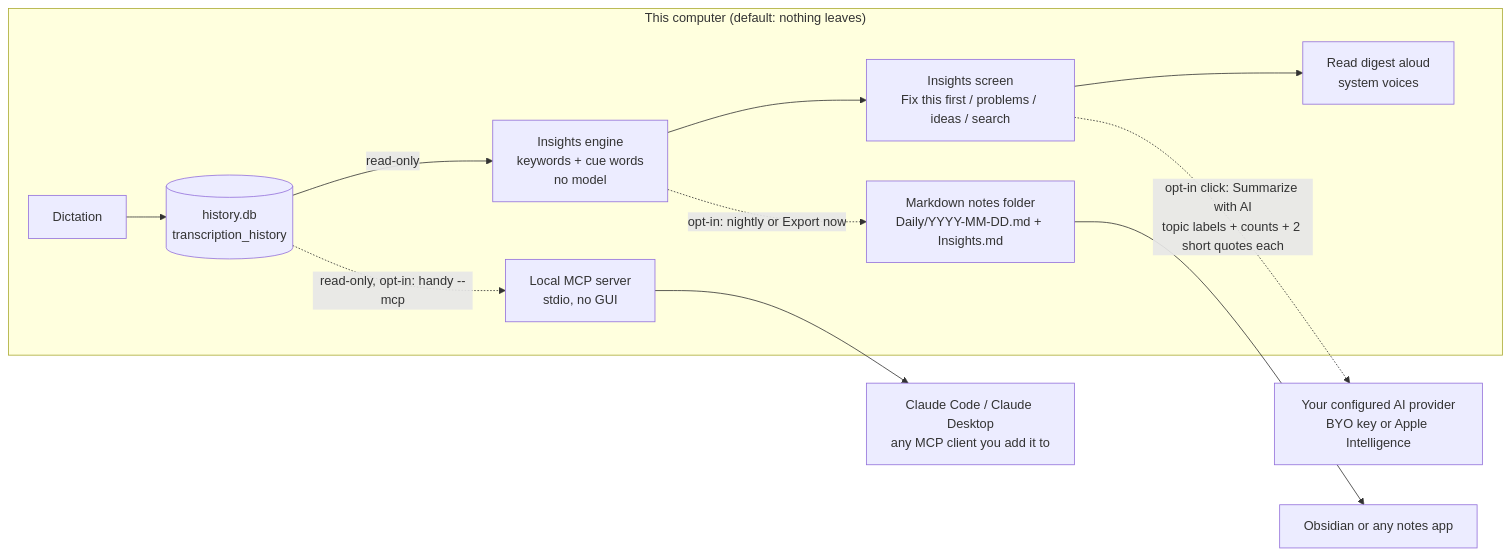
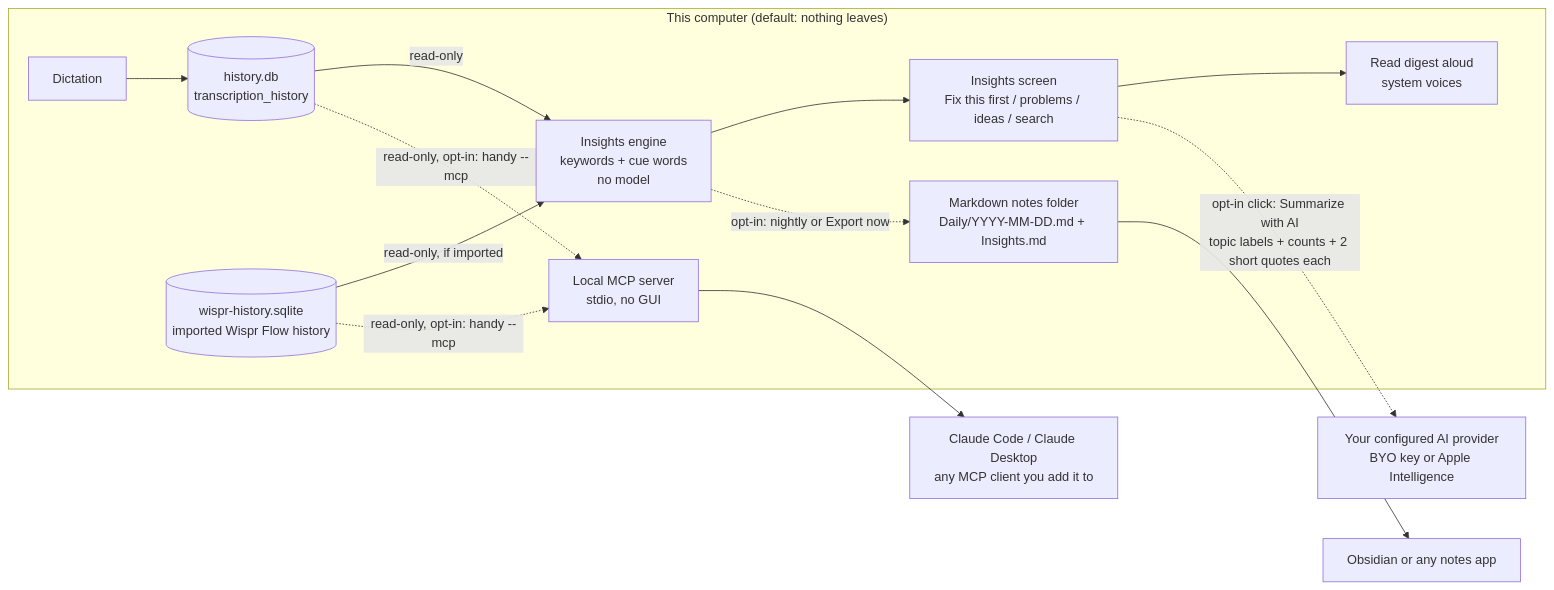
One commit to Dreydrey9000/say-less changed the diagram in docs/diagrams/stress-less.mmd. Above: the diagram before and after it, drawn with Mermaid. The commit also changed 6 other files, not shown here.

First line of the commit message:
fix(insights): count imported Wispr history in Insights and --mcp (#2)

```diff
--- a/docs/diagrams/stress-less.mmd
+++ b/docs/diagrams/stress-less.mmd
@@ -1,14 +1,16 @@
 %% Say less, stress less: how local dictation history becomes insights.
 %% Everything inside "This computer" stays local. Dashed arrows are opt-in.
 flowchart LR
     subgraph Local["This computer (default: nothing leaves)"]
         Dictate[Dictation] --> DB[(history.db<br/>transcription_history)]
         DB -->|read-only| Engine[Insights engine<br/>keywords + cue words<br/>no model]
         Engine --> Screen[Insights screen<br/>Fix this first / problems / ideas / search]
         Screen --> Voice[Read digest aloud<br/>system voices]
         Engine -.->|opt-in: nightly or Export now| Notes[Markdown notes folder<br/>Daily/YYYY-MM-DD.md + Insights.md]
+        Wispr[(wispr-history.sqlite<br/>imported Wispr Flow history)] -->|read-only, if imported| Engine
         DB -.->|read-only, opt-in: handy --mcp| MCP[Local MCP server<br/>stdio, no GUI]
+        Wispr -.->|read-only, opt-in: handy --mcp| MCP
     end
     Notes --> Obsidian[Obsidian or any notes app]
     MCP --> Claude[Claude Code / Claude Desktop<br/>any MCP client you add it to]
     Screen -.->|opt-in click: Summarize with AI<br/>topic labels + counts + 2 short quotes each| Provider[Your configured AI provider<br/>BYO key or Apple Intelligence]
```
